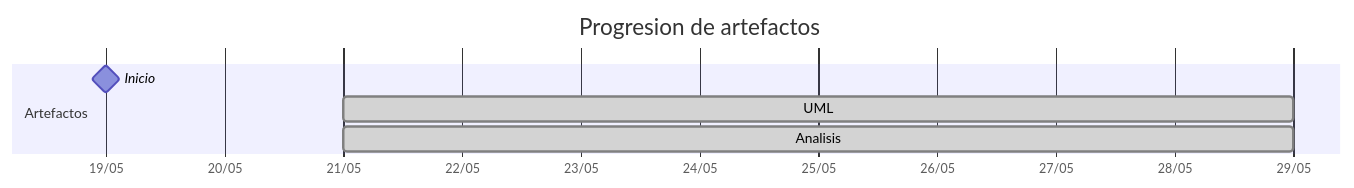
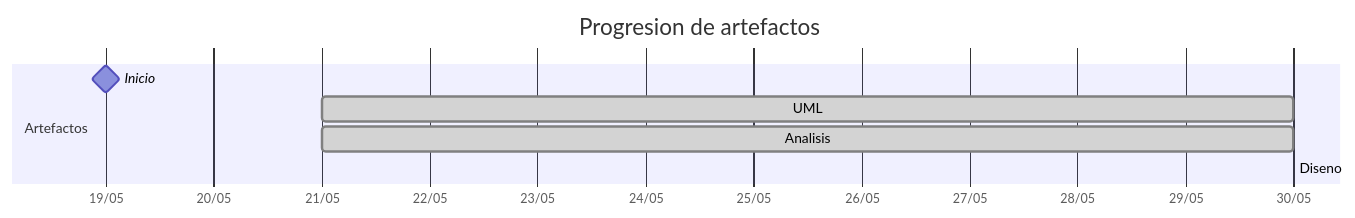
Before and after one commit to carlos-alvarado-25/25-26-idsw2-sdVC: the diagram in TIMELINES/Pareyor.md, drawn with Mermaid. The commit also changed other lines of this file and 3 other files, not shown here.

````diff
--- a/TIMELINES/Pareyor.md
+++ b/TIMELINES/Pareyor.md
@@ -22,10 +22,11 @@
 ```mermaid
 gantt
     title Progresion de artefactos
     dateFormat YYYY-MM-DD
     axisFormat %d/%m
     section Artefactos
         Inicio       :milestone, 2026-05-19, 0d
-        UML          :done, 2026-05-21, 2026-05-29
-        Analisis     :done, 2026-05-21, 2026-05-29
+        UML          :done, 2026-05-21, 2026-05-30
+        Analisis     :done, 2026-05-21, 2026-05-30
+        Diseno       :done, 2026-05-30, 2026-05-30
 ```
````
